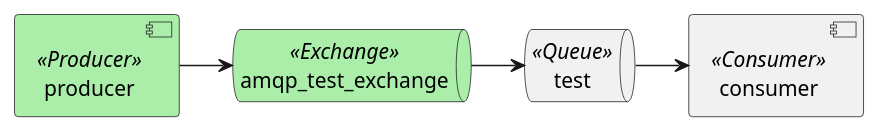
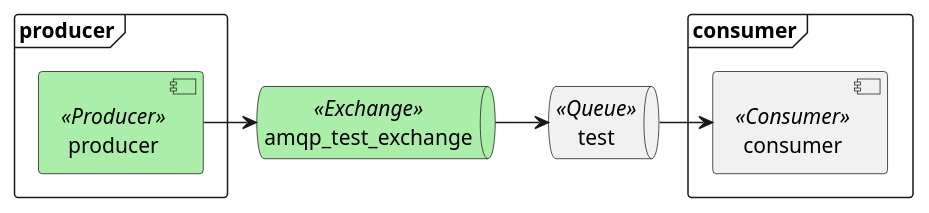
Before and after one commit to wdc-molfar/msapi-schemas: the diagram in doc/examples/puml/01.example.puml, drawn with PlantUML.

```diff
--- a/doc/examples/puml/01.example.puml
+++ b/doc/examples/puml/01.example.puml
@@ -1,13 +1,15 @@
-  @startuml
+ @startuml
   
     queue  "test" <<Queue>> as Queue
     queue  "amqp_test_exchange" <<Exchange>> as Exchange #aaeeaa 
-    
-    component  "consumer" <<Consumer>> as Consumer 
-    component  "producer" <<Producer>> as Producer #aaeeaa
-  
+    frame  consumer{
+        component  "consumer" <<Consumer>> as Consumer 
+    }
+    frame producer {
+        component  "producer" <<Producer>> as Producer #aaeeaa
+    }
     Producer -> Exchange
     Exchange -> Queue
     Queue -> Consumer
   
   @enduml  
```
